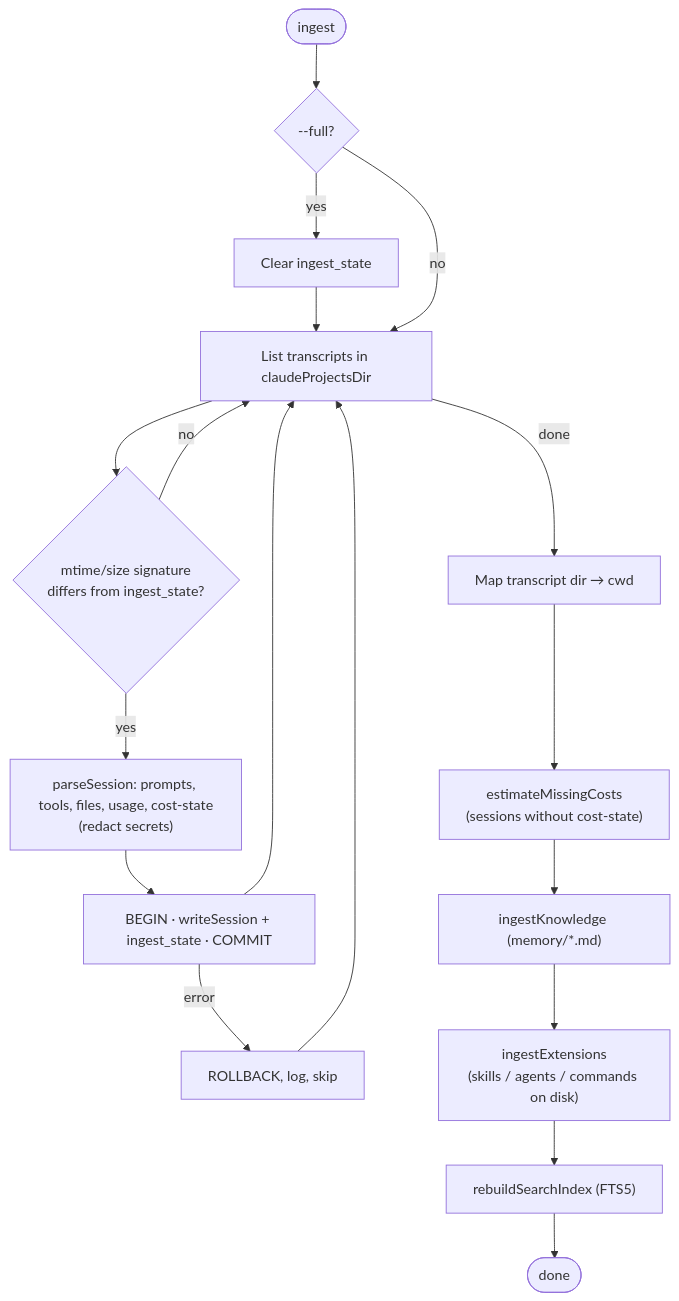
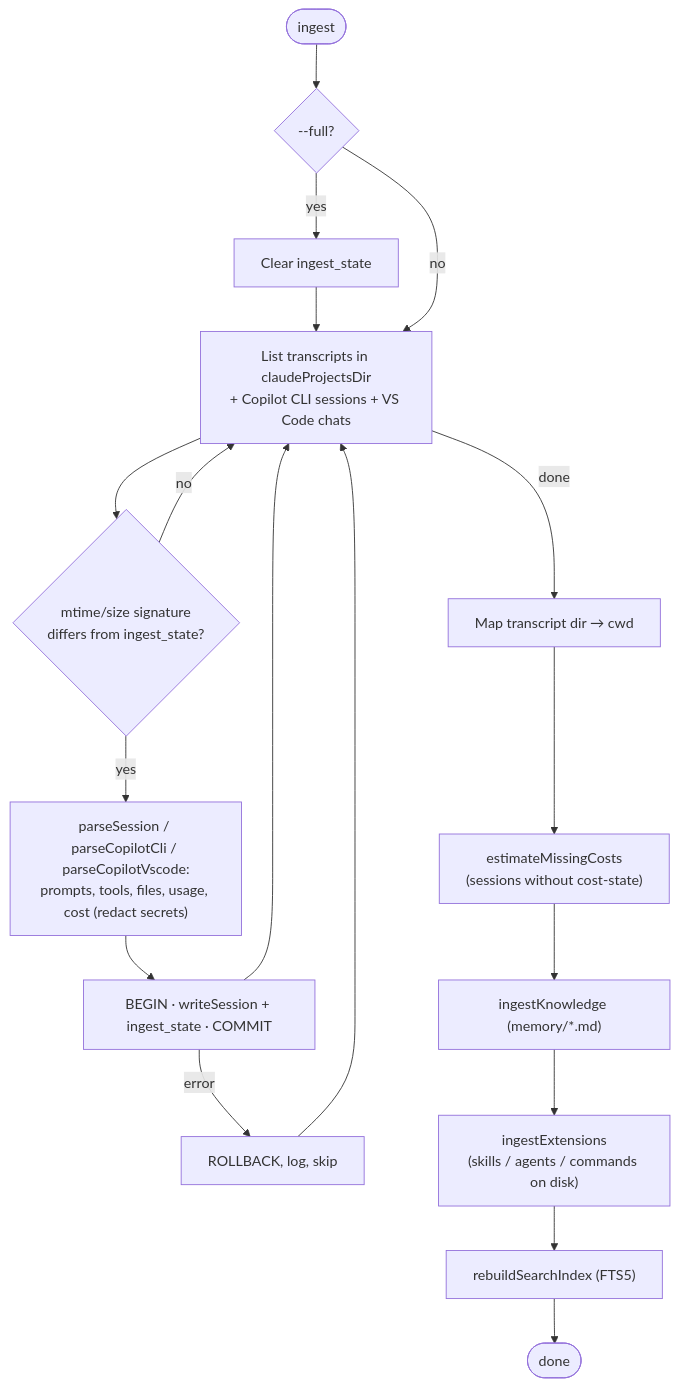
One commit to hienct-fpt/personal-brain changed the second of 5 diagrams in docs/PLAN.md. Above: the diagram before and after it, drawn with Mermaid. The commit also changed other lines of this file and 13 other files, not shown here.

First line of the commit message:
Add GitHub Copilot support: CLI + VS Code Chat ingest, MCP for Copilot

````diff
--- a/docs/PLAN.md
+++ b/docs/PLAN.md
@@ -56,18 +57,18 @@
 ```mermaid
 flowchart TD
   A([ingest]) --> B{"--full?"}
   B -- yes --> B1["Clear ingest_state"] --> C
-  B -- no --> C["List transcripts in claudeProjectsDir"]
+  B -- no --> C["List transcripts in claudeProjectsDir<br/>+ Copilot CLI sessions + VS Code chats"]
   C --> D{"mtime/size signature<br/>differs from ingest_state?"}
   D -- no --> C
-  D -- yes --> E["parseSession: prompts, tools, files, usage, cost-state<br/>(redact secrets)"]
+  D -- yes --> E["parseSession / parseCopilotCli / parseCopilotVscode:<br/>prompts, tools, files, usage, cost (redact secrets)"]
   E --> F["BEGIN · writeSession + ingest_state · COMMIT"]
   F -- error --> F1["ROLLBACK, log, skip"] --> C
   F --> C
   C -- done --> G["Map transcript dir → cwd"]
   G --> H["estimateMissingCosts<br/>(sessions without cost-state)"]
   H --> K["ingestKnowledge (memory/*.md)"]
   K --> X["ingestExtensions<br/>(skills / agents / commands on disk)"]
   X --> R["rebuildSearchIndex (FTS5)"]
   R --> Z([done])
 ```
````
